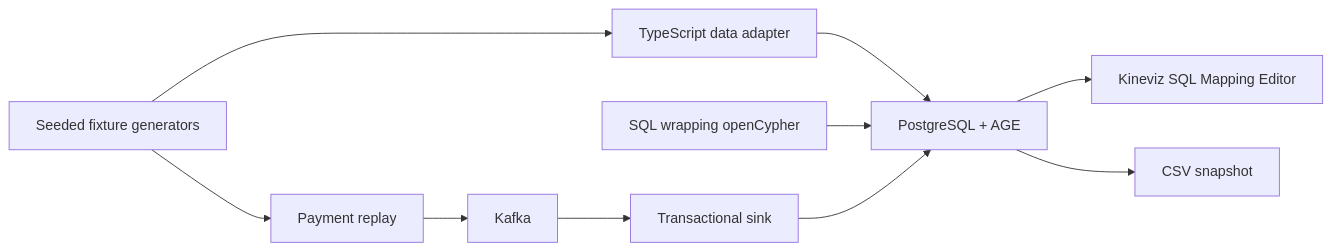
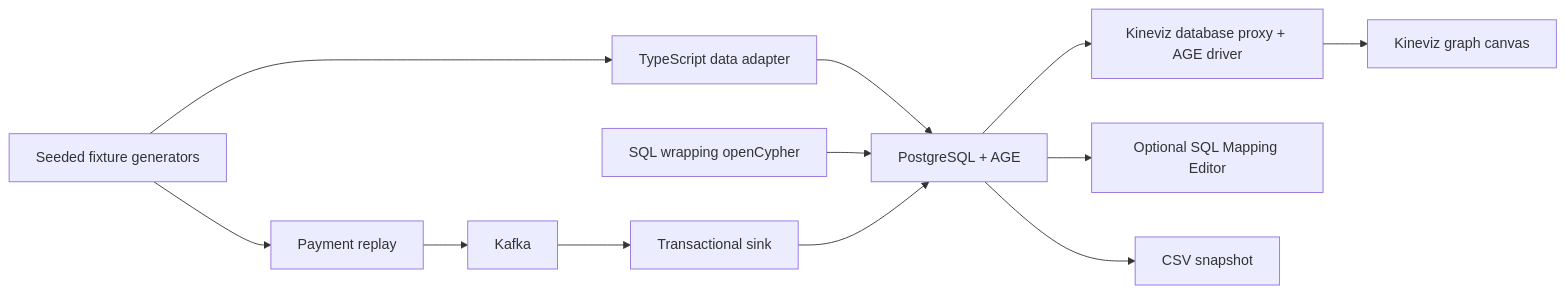
One commit to Kineviz/postgresql-age-kineviz-examples changed the diagram in docs/ARCHITECTURE.md. Above: the diagram before and after it, drawn with Mermaid. The commit also changed other lines of this file and 32 other files, not shown here.

Commit message:
Add AGE database proxy connection following the Spanner connect workflow

````diff
--- a/docs/ARCHITECTURE.md
+++ b/docs/ARCHITECTURE.md
@@ -3,12 +3,14 @@
 ```mermaid
 flowchart LR
   G[Seeded fixture generators] --> A[TypeScript data adapter]
   A --> P[PostgreSQL + AGE]
   Q[SQL wrapping openCypher] --> P
-  P --> K[Kineviz SQL Mapping Editor]
+  P --> X[Kineviz database proxy + AGE driver]
+  X --> K[Kineviz graph canvas]
+  P --> T[Optional SQL Mapping Editor]
   P --> C[CSV snapshot]
   G --> R[Payment replay]
   R --> B[Kafka]
   B --> S[Transactional sink]
   S --> P
 ```
````
